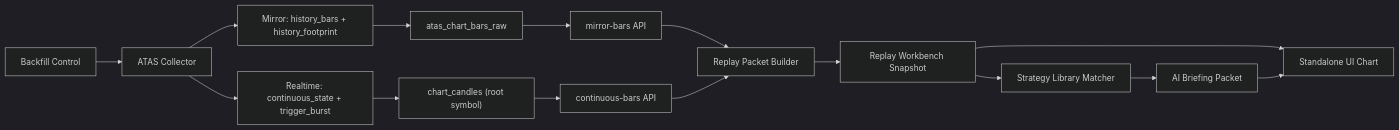
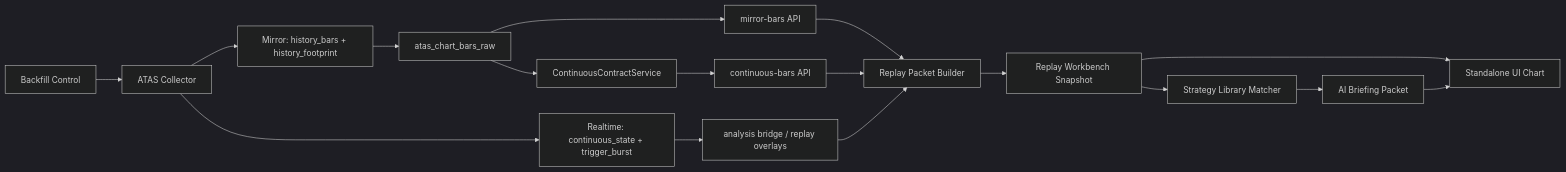
Before and after one commit to q553079/atas-market-structure: the diagram in docs/replay_workbench_architecture.md, drawn with Mermaid (dark theme). The commit also changed other lines of this file and 19 other files, not shown here.

Commit message:
Add continuous contract service and field audit tooling

````diff
--- a/docs/replay_workbench_architecture.md
+++ b/docs/replay_workbench_architecture.md
@@ -30,17 +30,19 @@
 ```mermaid
 flowchart LR
     A["ATAS Collector"] --> B["Realtime: continuous_state + trigger_burst"]
     A --> C["Mirror: history_bars + history_footprint"]
     D["Backfill Control"] --> A
     C --> E["atas_chart_bars_raw"]
-    B --> F["chart_candles (root symbol)"]
+    E --> F["ContinuousContractService"]
     E --> G["mirror-bars API"]
     F --> H["continuous-bars API"]
+    B --> J["analysis bridge / replay overlays"]
     G --> I["Replay Packet Builder"]
     H --> I
-    I --> J["Replay Workbench Snapshot"]
-    J --> K["Standalone UI Chart"]
-    J --> L["Strategy Library Matcher"]
-    L --> M["AI Briefing Packet"]
-    M --> K
+    J --> I
+    I --> K["Replay Workbench Snapshot"]
+    K --> L["Standalone UI Chart"]
+    K --> M["Strategy Library Matcher"]
+    M --> N["AI Briefing Packet"]
+    N --> L
 ```
````
